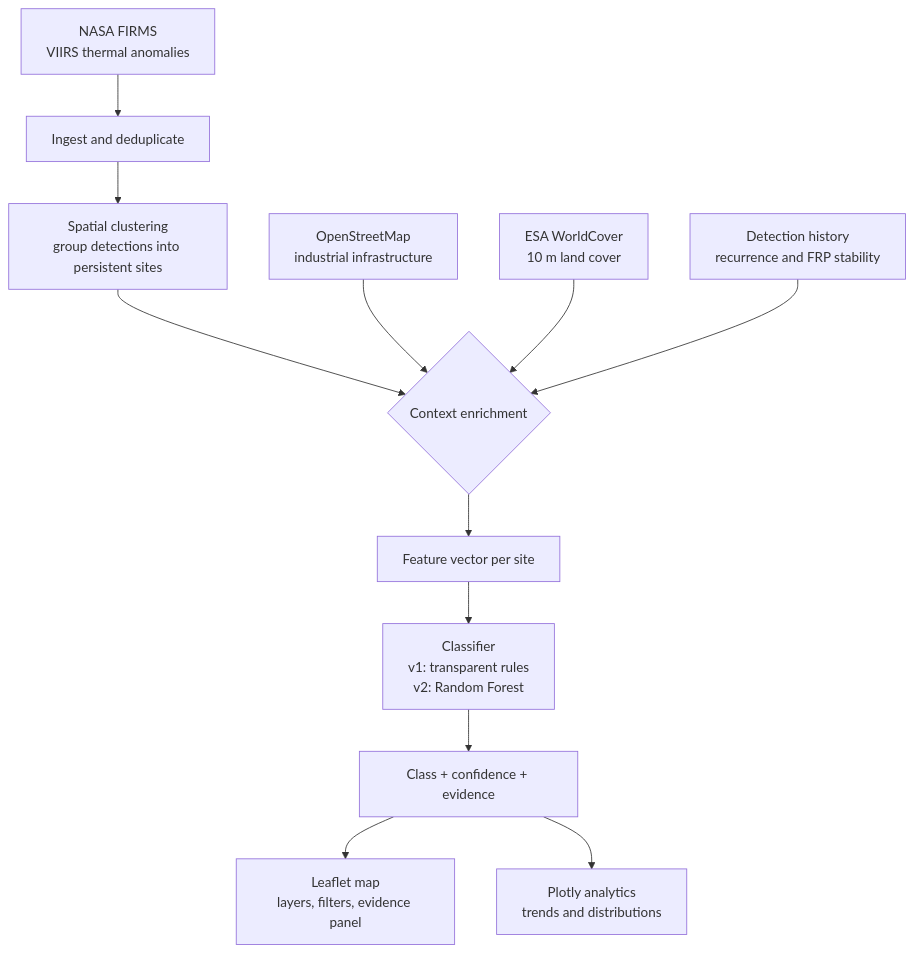
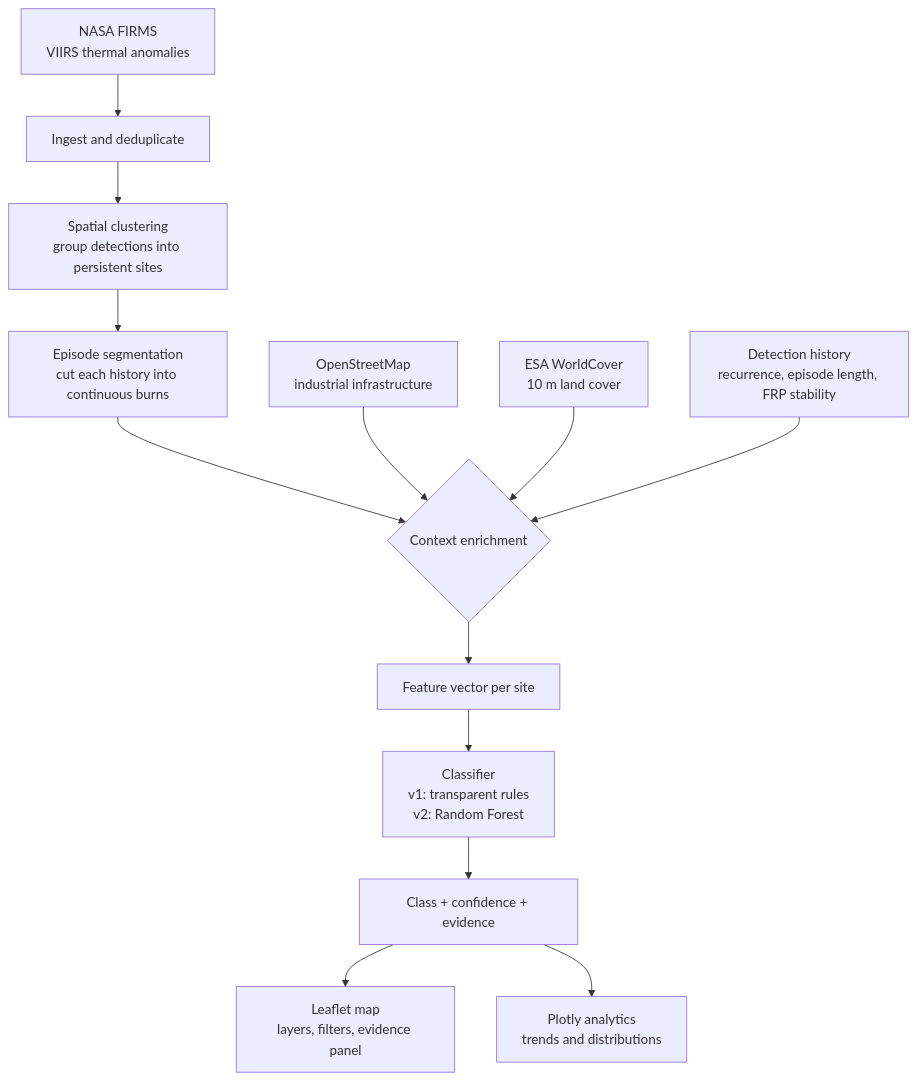
The first of 3 diagrams in README.md (prekshaparekh/SIH26162_AgniDrishti), drawn with Mermaid before and after one commit. The commit also changed other lines of this file and 24 other files, not shown here.

````diff
--- a/README.md
+++ b/README.md
@@ -149,16 +149,17 @@
 ```mermaid
 flowchart TD
     A["NASA FIRMS<br/>VIIRS thermal anomalies"] --> B[Ingest and deduplicate]
     B --> C[Spatial clustering<br/>group detections into persistent sites]
-    C --> D{Context enrichment}
+    C --> C2["Episode segmentation<br/>cut each history into continuous burns"]
+    C2 --> D{Context enrichment}
 
     E["OpenStreetMap<br/>industrial infrastructure"] --> D
     F["ESA WorldCover<br/>10 m land cover"] --> D
-    G["Detection history<br/>recurrence and FRP stability"] --> D
+    G["Detection history<br/>recurrence, episode length, FRP stability"] --> D
 
     D --> H[Feature vector per site]
     H --> I["Classifier<br/>v1: transparent rules<br/>v2: Random Forest"]
     I --> J[Class + confidence + evidence]
     J --> K["Leaflet map<br/>layers, filters, evidence panel"]
     J --> L["Plotly analytics<br/>trends and distributions"]
 ```
````
